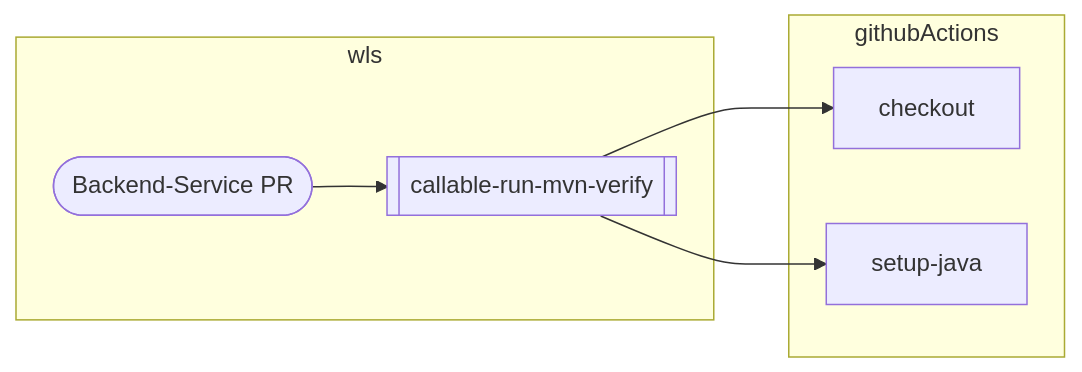
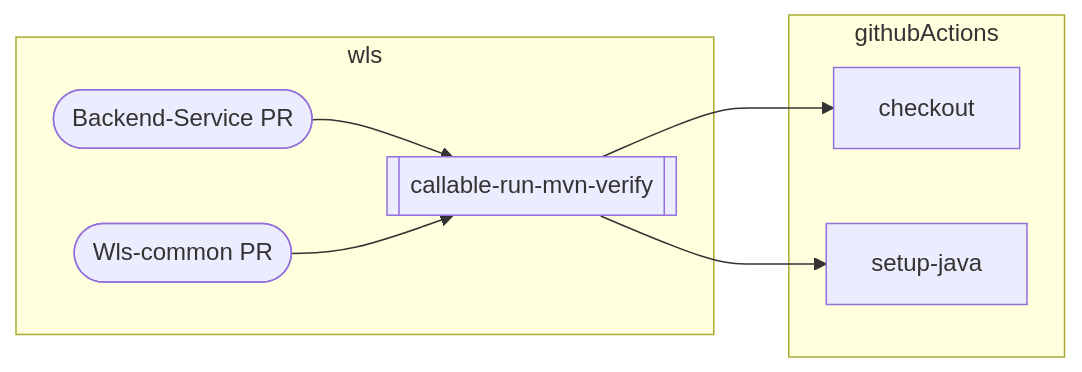
One commit to it-at-m/Wahllokalsystem changed the third of 12 diagrams in docs/src/technik/ecosystem/workflowsAndArtifacts/relations.md. Above: the diagram before and after it, drawn with Mermaid. The commit also changed other lines of this file, not shown here.

Commit message:
include wls-common in backend pr mermaid

````diff
--- a/docs/src/technik/ecosystem/workflowsAndArtifacts/relations.md
+++ b/docs/src/technik/ecosystem/workflowsAndArtifacts/relations.md
@@ -31,16 +31,18 @@
 ```mermaid
 flowchart LR
     subgraph wls
         backendServicePR([Backend-Service PR])
+        wlsCommonPR([Wls-common PR])
         mvnVerify[[callable-run-mvn-verify]]
     end
 
     subgraph githubActions
         checkout
         setup-java
     end
 
     backendServicePR --> mvnVerify
+    wlsCommonPR --> mvnVerify
     mvnVerify --> checkout
     mvnVerify --> setup-java
 ```
````
